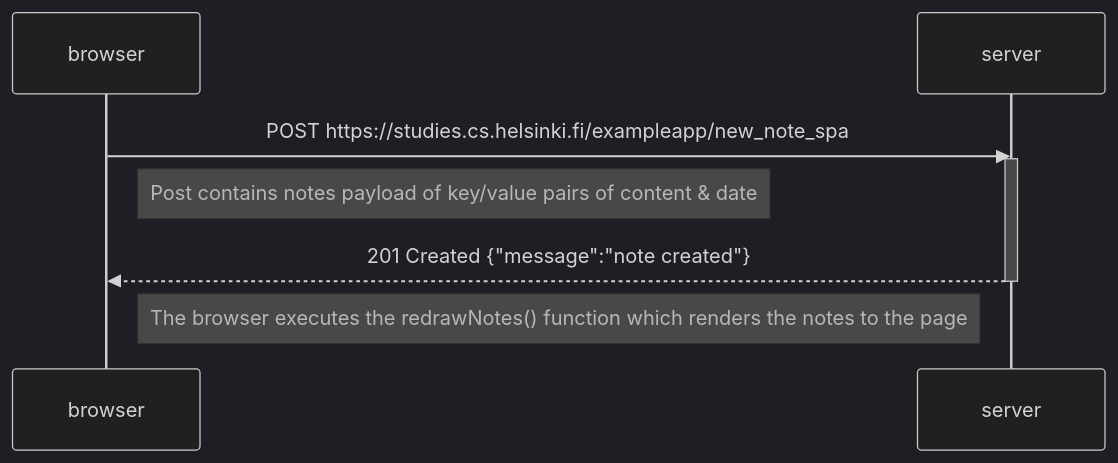
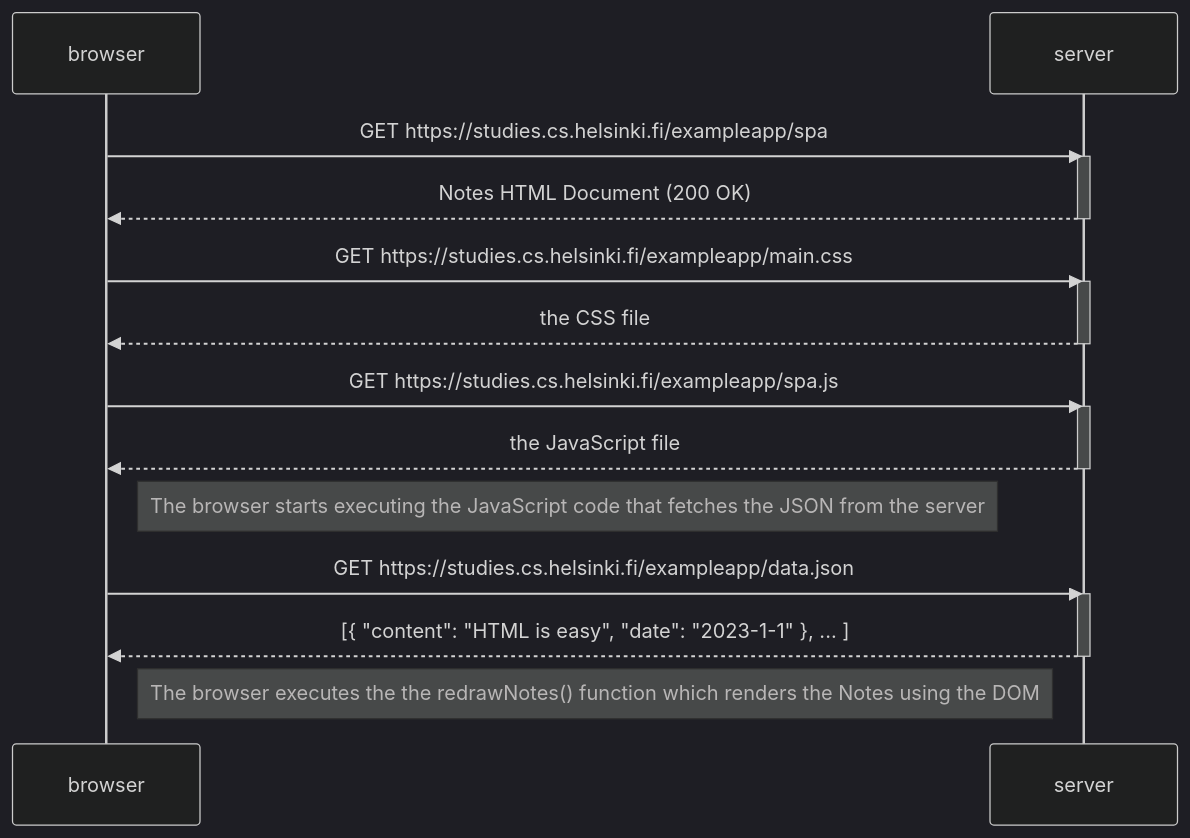
One commit to JoeyCorbett/fullstackopen changed the diagram in part0/singlepagediagram.md. Above: the diagram before and after it, drawn with Mermaid (dark theme). The commit also changed 1 other file, not shown here.

Commit message:
Add singlepagediagram sequence chart and move old diagram to newnoteSPA

````diff
--- a/part0/singlepagediagram.md
+++ b/part0/singlepagediagram.md
@@ -1,13 +1,29 @@
 ```mermaid
 sequenceDiagram
     participant browser
     participant server
 
-    browser->>server: POST https://studies.cs.helsinki.fi/exampleapp/new_note_spa
+    browser->>server: GET https://studies.cs.helsinki.fi/exampleapp/spa
     activate server
-    Note right of browser: Post contains notes payload of key/value pairs of content & date
-    server-->>browser: 201 Created {"message":"note created"}
+    server-->>browser: Notes HTML Document (200 OK)
     deactivate server
 
-    Note right of browser: The browser executes the redrawNotes() function which renders the notes to the page
+    browser->>server: GET https://studies.cs.helsinki.fi/exampleapp/main.css
+    activate server
+    server-->>browser: the CSS file
+    deactivate server
+
+    browser->>server: GET https://studies.cs.helsinki.fi/exampleapp/spa.js
+    activate server
+    server-->>browser: the JavaScript file
+    deactivate server
+
+    Note right of browser: The browser starts executing the JavaScript code that fetches the JSON from the server
+
+    browser->>server: GET https://studies.cs.helsinki.fi/exampleapp/data.json
+    activate server
+    server-->>browser: [{ "content": "HTML is easy", "date": "2023-1-1" }, ... ]
+    deactivate server
+
+    Note right of browser: The browser executes the the redrawNotes() function which renders the Notes using the DOM
 ```
````
